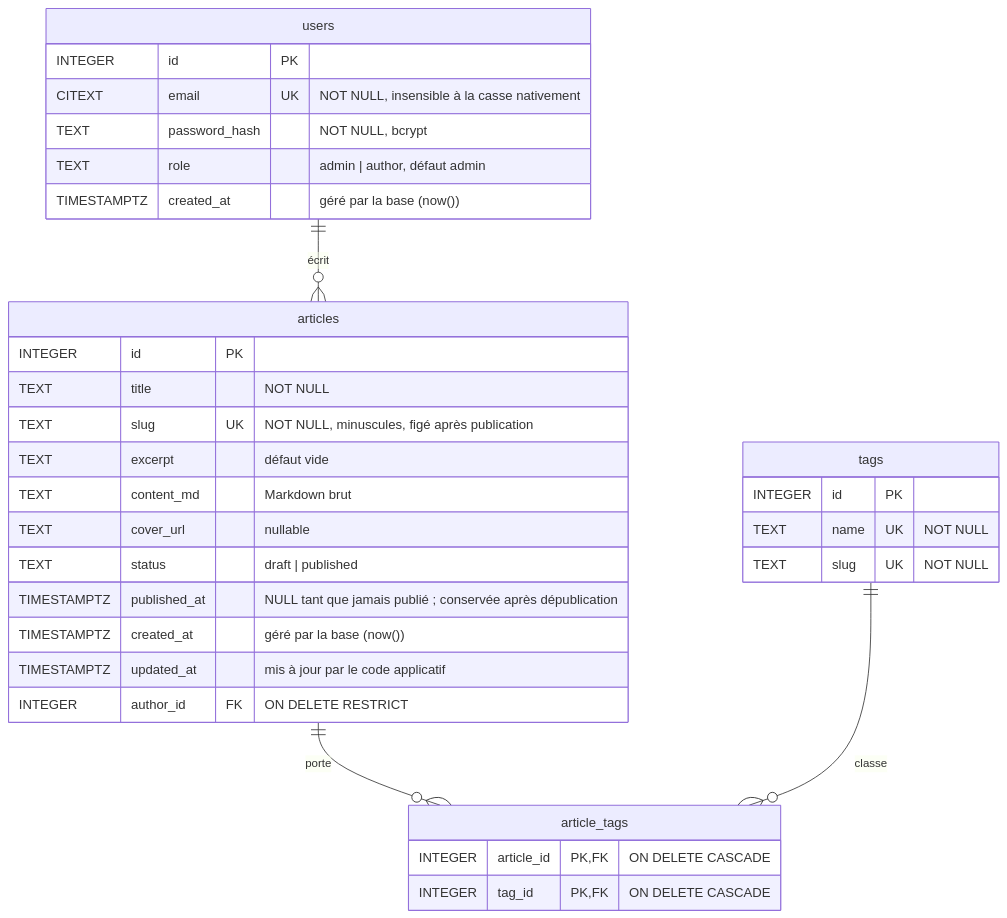
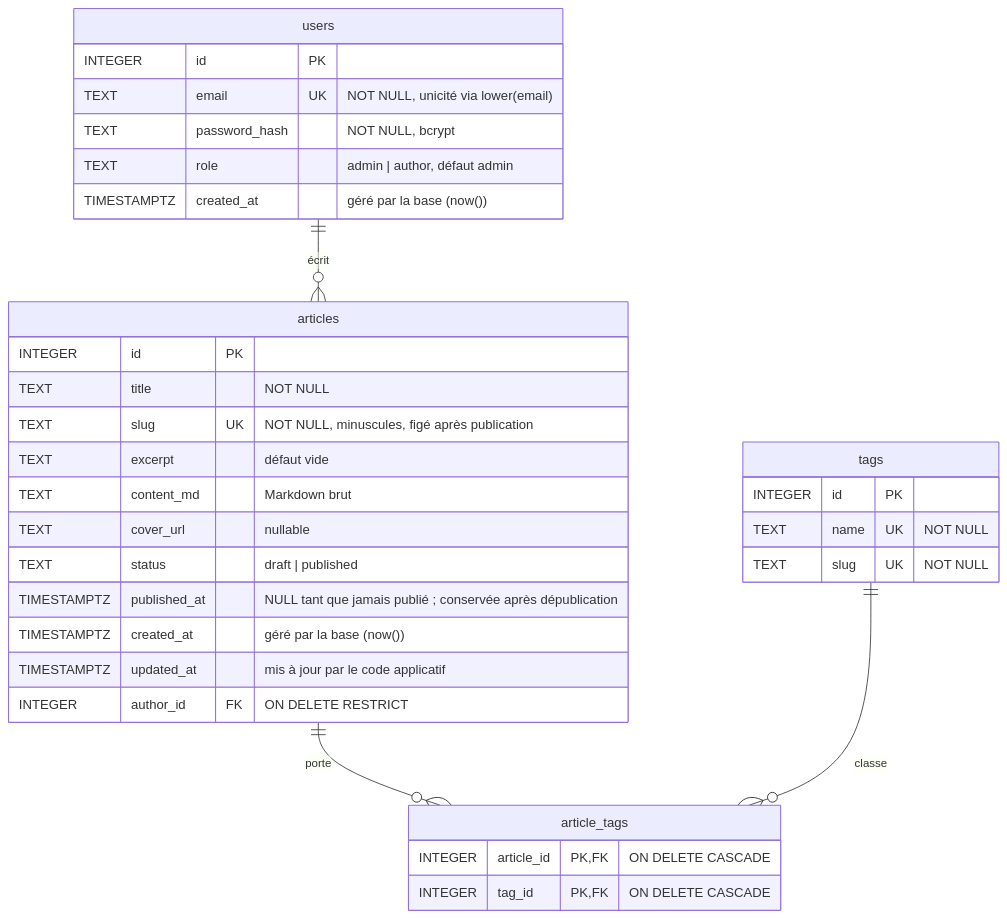
One commit to jean-eudes0/blog changed the diagram in docs/database.md. Above: the diagram before and after it, drawn with Mermaid. The commit also changed other lines of this file, not shown here.

Commit message:
docs: retirer les mentions de CITEXT, remplacé par lower(email)

````diff
--- a/docs/database.md
+++ b/docs/database.md
@@ -7,39 +7,39 @@
 ```mermaid
 erDiagram
     users ||--o{ articles : "écrit"
     articles ||--o{ article_tags : "porte"
     tags ||--o{ article_tags : "classe"
 
     users {
         INTEGER id PK
-        CITEXT email UK "NOT NULL, insensible à la casse nativement"
+        TEXT email UK "NOT NULL, unicité via lower(email)"
         TEXT password_hash "NOT NULL, bcrypt"
         TEXT role "admin | author, défaut admin"
         TIMESTAMPTZ created_at "géré par la base (now())"
     }
 
     articles {
         INTEGER id PK
         TEXT title "NOT NULL"
         TEXT slug UK "NOT NULL, minuscules, figé après publication"
         TEXT excerpt "défaut vide"
         TEXT content_md "Markdown brut"
         TEXT cover_url "nullable"
         TEXT status "draft | published"
         TIMESTAMPTZ published_at "NULL tant que jamais publié ; conservée après dépublication"
         TIMESTAMPTZ created_at "géré par la base (now())"
         TIMESTAMPTZ updated_at "mis à jour par le code applicatif"
         INTEGER author_id FK "ON DELETE RESTRICT"
     }
 
     tags {
         INTEGER id PK
         TEXT name UK "NOT NULL"
         TEXT slug UK "NOT NULL"
     }
 
     article_tags {
         INTEGER article_id PK, FK "ON DELETE CASCADE"
         INTEGER tag_id PK, FK "ON DELETE CASCADE"
     }
 ```
````
